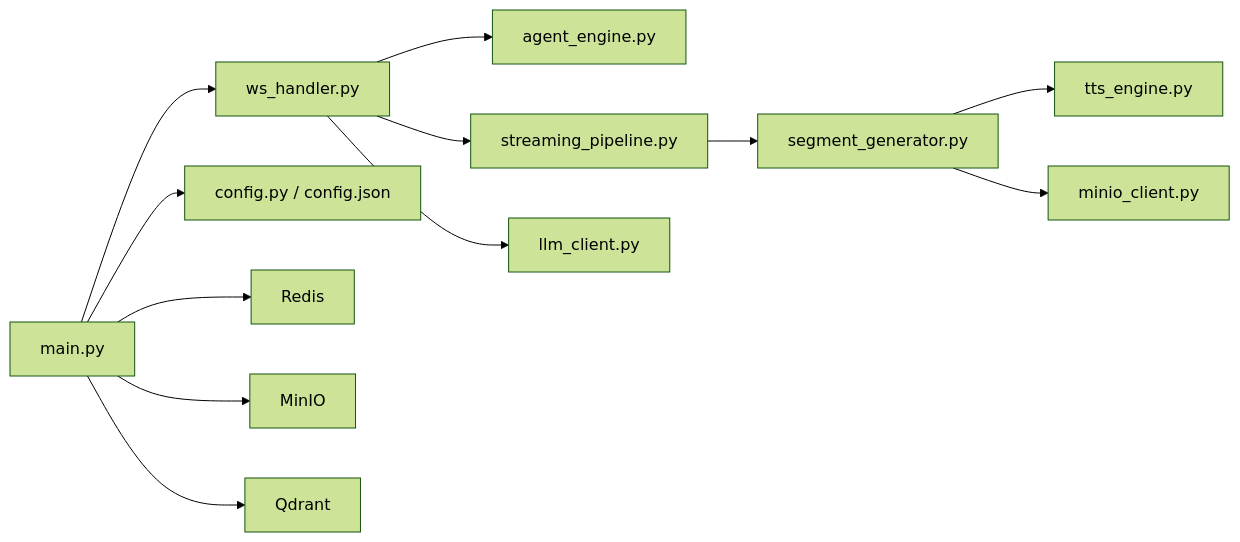
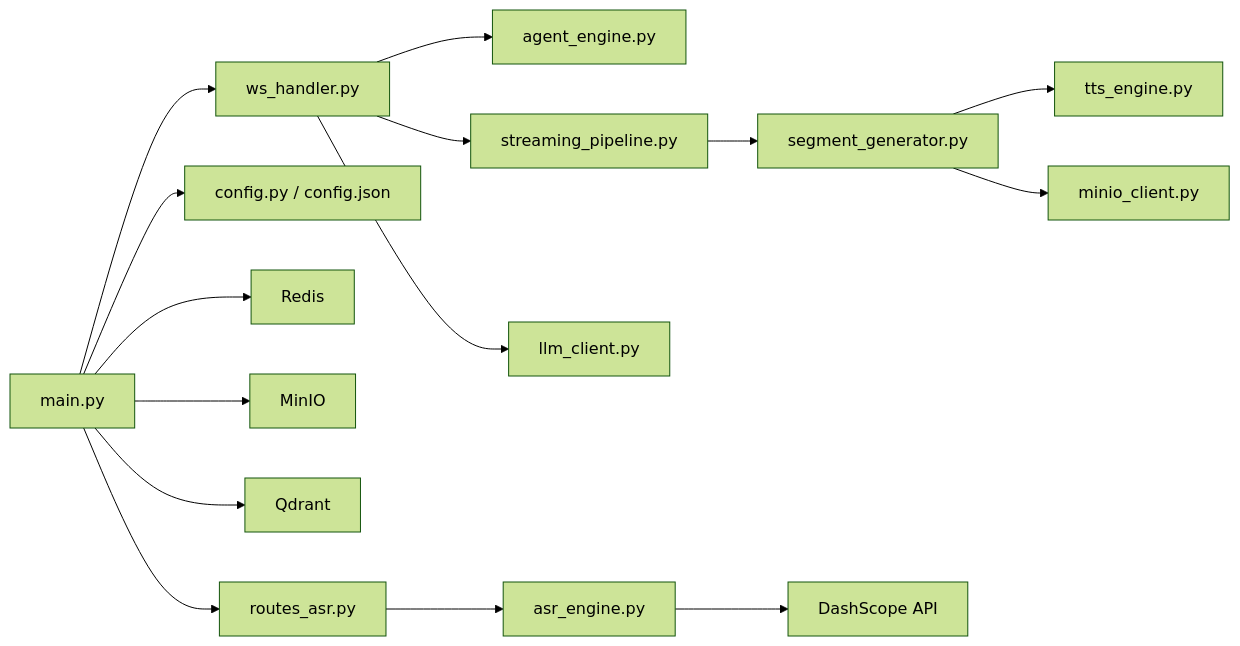
One commit to leo21cn/real-time-talk changed the ninth of 10 diagrams in .qoder/repowiki/zh/content/系统架构/系统架构.md. Above: the diagram before and after it, drawn with Mermaid (forest theme). The commit also changed other lines of this file and 21 other files, not shown here.

````diff
--- a/.qoder/repowiki/zh/content/系统架构/系统架构.md
+++ b/.qoder/repowiki/zh/content/系统架构/系统架构.md
@@ -317,14 +456,17 @@
 ```mermaid
 graph LR
 Main["main.py"] --> WS["ws_handler.py"]
 WS --> Agent["agent_engine.py"]
 WS --> Pipe["streaming_pipeline.py"]
 Pipe --> Gen["segment_generator.py"]
 Gen --> TTS["tts_engine.py"]
 Gen --> Min["minio_client.py"]
 WS --> LLM["llm_client.py"]
 Main --> CFG["config.py / config.json"]
 Main --> REDIS["Redis"]
 Main --> MINIO["MinIO"]
 Main --> QDR["Qdrant"]
+Main --> ASR["routes_asr.py"]
+ASR --> Engine["asr_engine.py"]
+Engine --> DashScope["DashScope API"]
 ```
````
